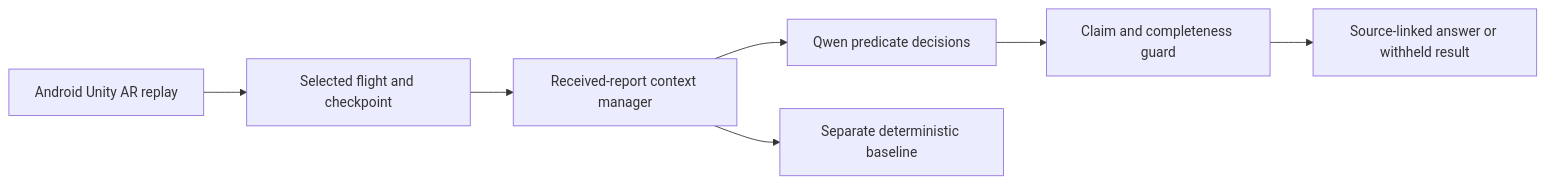
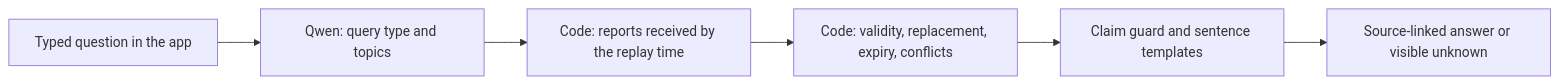
One commit to MayFairMI6/apron-lens changed the diagram in README.md. Above: the diagram before and after it, drawn with Mermaid. The commit also changed other lines of this file and 9 other files, not shown here.

````diff
--- a/README.md
+++ b/README.md
@@ -86,9 +108,8 @@
 ```mermaid
 flowchart LR
-    A[Android Unity AR replay] --> B[Selected flight and checkpoint]
-    B --> C[Received-report context manager]
-    C --> D[Qwen predicate decisions]
-    D --> E[Claim and completeness guard]
-    E --> F[Source-linked answer or withheld result]
-    C --> G[Separate deterministic baseline]
+    A[Typed question in the app] --> B[Qwen: query type and topics]
+    B --> C[Code: reports received by the replay time]
+    C --> D[Code: validity, replacement, expiry, conflicts]
+    D --> E[Claim guard and sentence templates]
+    E --> F[Source-linked answer or visible unknown]
 ```
````
